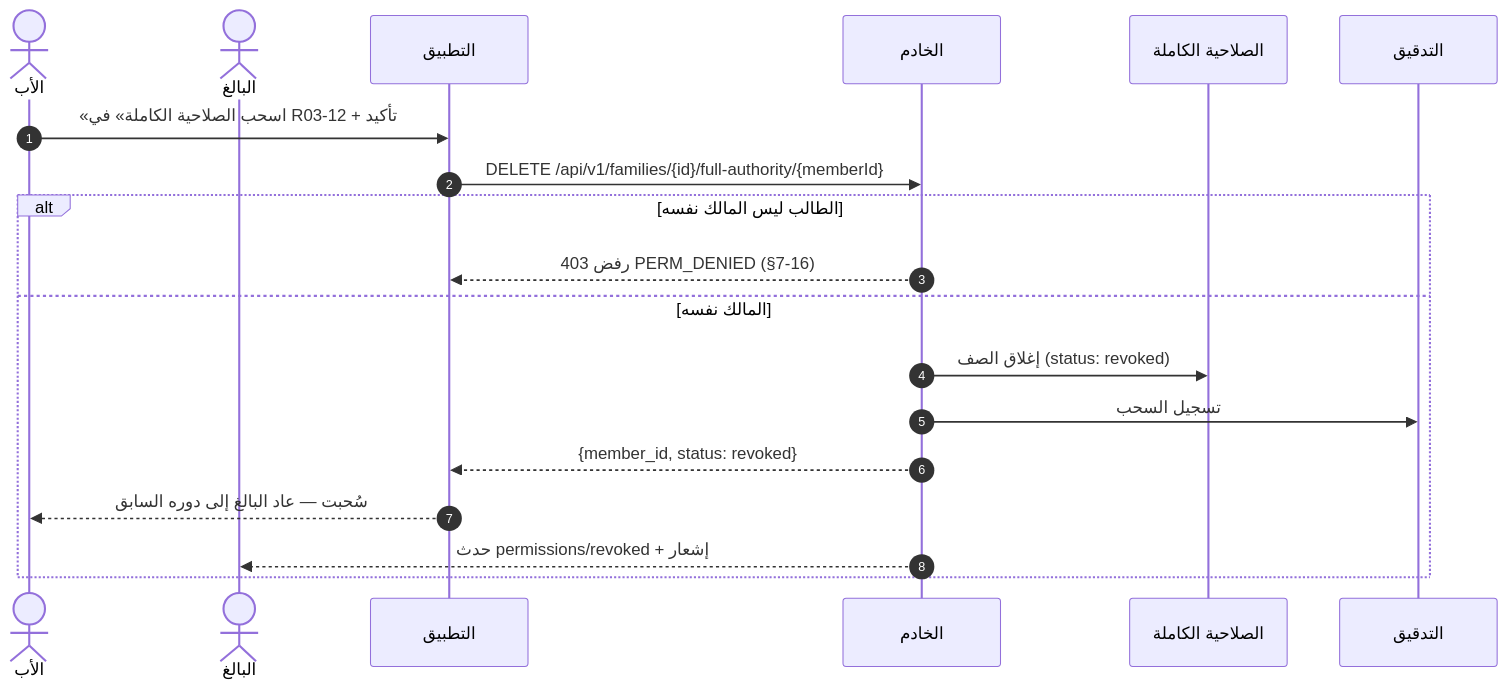
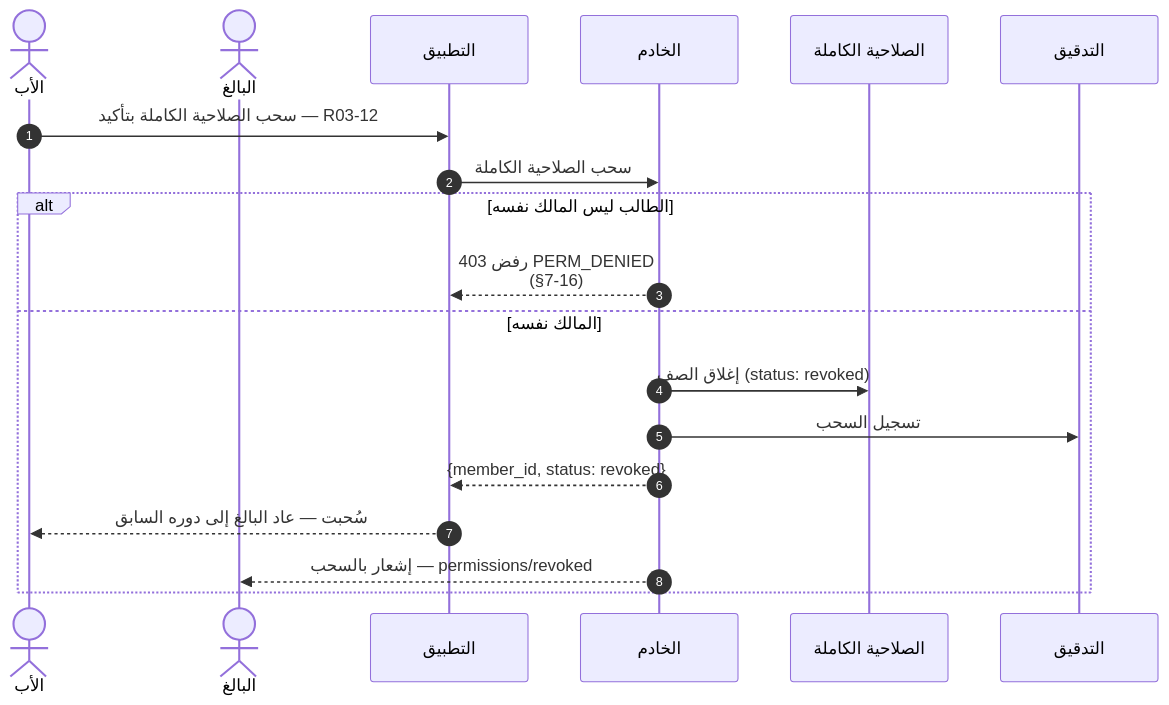
Before and after one commit to Bassam-mohammed-alqaeadi/family-os-v2: diagram 13 of 39 in docs/family-os/governance/phases/phase-1/S1-03-family-roles-and-permissions/DIAGRAMS.md, drawn with Mermaid. The commit also changed other lines of this file, not shown here.

````diff
--- a/docs/family-os/governance/phases/phase-1/S1-03-family-roles-and-permissions/DIAGRAMS.md
+++ b/docs/family-os/governance/phases/phase-1/S1-03-family-roles-and-permissions/DIAGRAMS.md
@@ -549,22 +610,23 @@
 ```mermaid
+%%{init: {"sequence": {"wrap": true}}}%%
 sequenceDiagram
     autonumber
     actor Father as الأب
     actor Adult as البالغ
     participant App as التطبيق
     participant Ktor as الخادم
     participant FA as الصلاحية الكاملة
     participant Audit as التدقيق
 
-    Father->>App: «اسحب الصلاحية الكاملة» في R03-12 + تأكيد
-    App->>Ktor: DELETE /api/v1/families/{id}/full-authority/{memberId}
+    Father->>App: سحب الصلاحية الكاملة بتأكيد — R03-12
+    App->>Ktor: سحب الصلاحية الكاملة
     alt الطالب ليس المالك نفسه
         Ktor-->>App: رفض 403 PERM_DENIED (§7-16)
     else المالك نفسه
         Ktor->>FA: إغلاق الصف (status: revoked)
         Ktor->>Audit: تسجيل السحب
         Ktor-->>App: {member_id, status: revoked}
         App-->>Father: سُحبت — عاد البالغ إلى دوره السابق
-        Ktor-->>Adult: حدث permissions/revoked + إشعار
+        Ktor-->>Adult: إشعار بالسحب — permissions/revoked
     end
 ```
````
